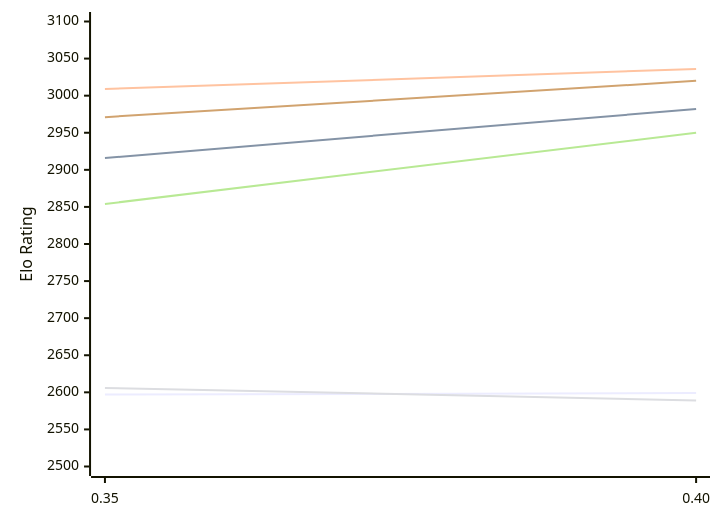
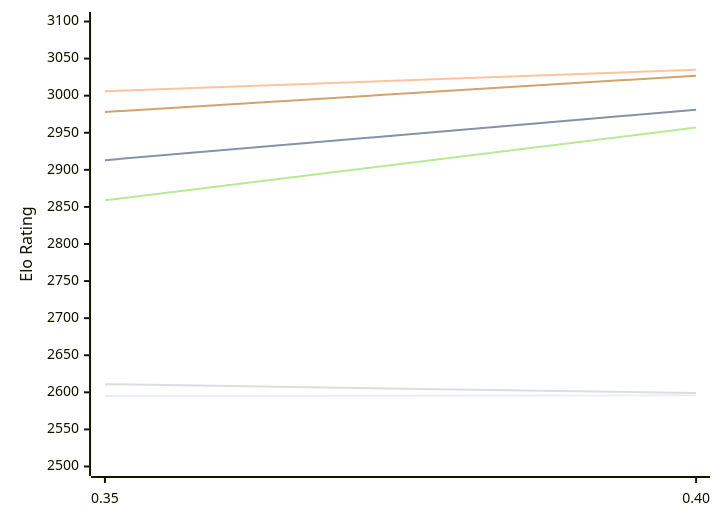
One commit to computer-chess-index/cci changed the first of 2 diagrams in engines/Gecko.md. Above: the diagram before and after it, drawn with Mermaid. The commit also changed other lines of this file, not shown here.

Commit message:
Update CCI Ratings (ELO VLTC) - 2026-11-23

````diff
--- a/engines/Gecko.md
+++ b/engines/Gecko.md
@@ -54,12 +54,12 @@
 ```mermaid
 %%{init: {"theme":"base","themeVariables":{"seriesColors:['#a3a3a3','#222221','#faa371']}}}%%
 xychart-beta
   x-axis ["0.35", "0.40"]
   y-axis "Elo Rating" 2500 --> 3100
-  line "E1: STC (8.0+0.08s)" [2597, 2599]
-  line "E1: LTC (60.0+0.60s)" [2916, 2982]
-  line "E1: VLTC (2m24s+1.12s)" [3009, 3036]
-  line "P1: STC (8.0+0.08s)" [2606, 2589]
-  line "P1: LTC (60.0+0.60s)" [2854, 2950]
-  line "P1: VLTC (2m24s+1.12s)" [2971, 3020]
+  line "E1: STC (8.0+0.08s)" [2595, 2596]
+  line "E1: LTC (60.0+0.60s)" [2913, 2981]
+  line "E1: VLTC (2m24s+1.12s)" [3006, 3035]
+  line "P1: STC (8.0+0.08s)" [2611, 2599]
+  line "P1: LTC (60.0+0.60s)" [2859, 2957]
+  line "P1: VLTC (2m24s+1.12s)" [2978, 3027]
 ```
````
